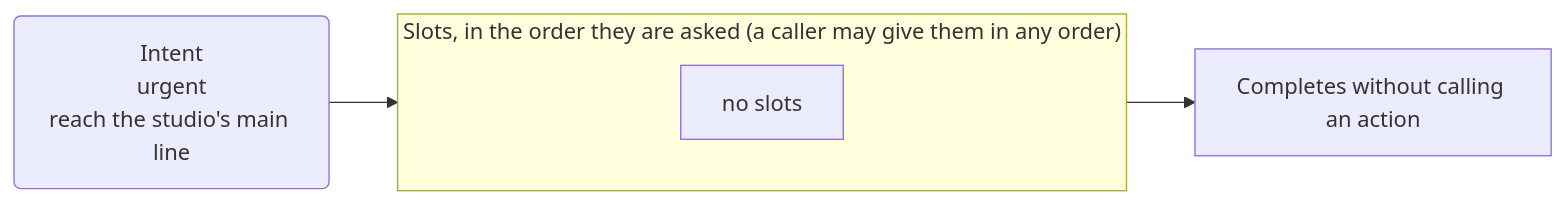
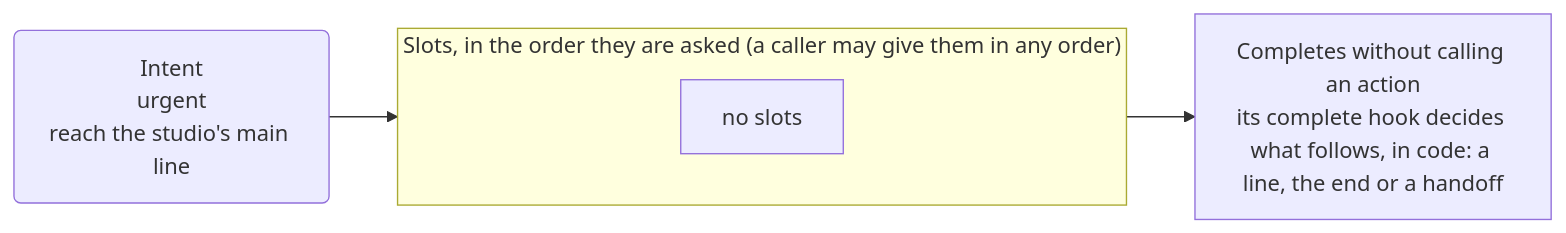
The third of 4 diagrams in apps/secretary/APP-MAP.md (DialogWright/dialogwright), drawn with Mermaid before and after one commit. The commit also changed 10 other files, not shown here.

````diff
--- a/apps/secretary/APP-MAP.md
+++ b/apps/secretary/APP-MAP.md
@@ -72,10 +72,10 @@
 ```mermaid
 flowchart LR
   intent("Intent<br/>urgent<br/>reach the studio's main line")
   subgraph slots["Slots, in the order they are asked (a caller may give them in any order)"]
     none["no slots"]
   end
   intent --> slots
-  done["Completes without calling an action"]
+  done["Completes without calling an action<br/>its complete hook decides what follows, in code: a line, the end or a handoff"]
   slots --> done
 ```
````
